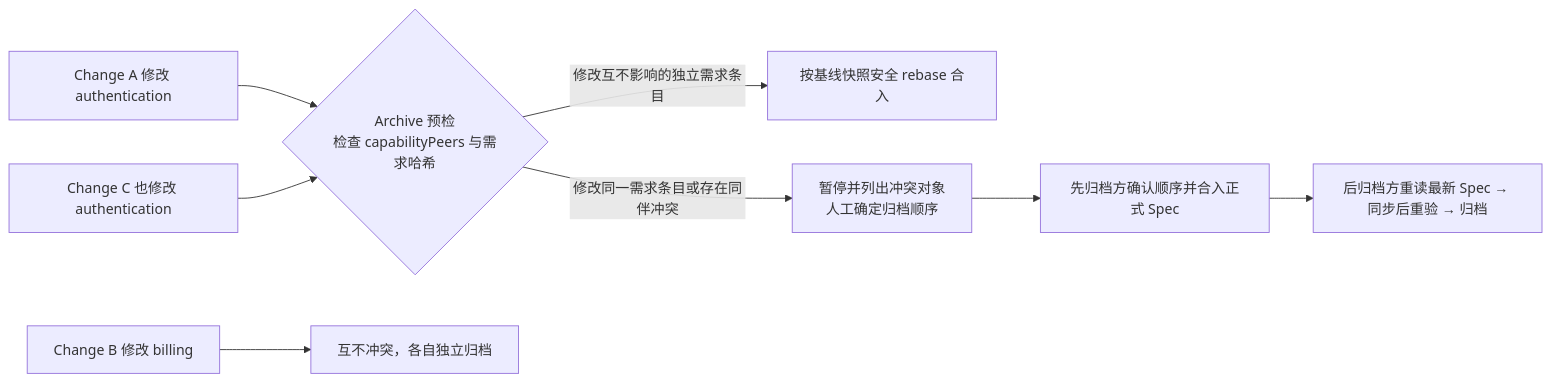
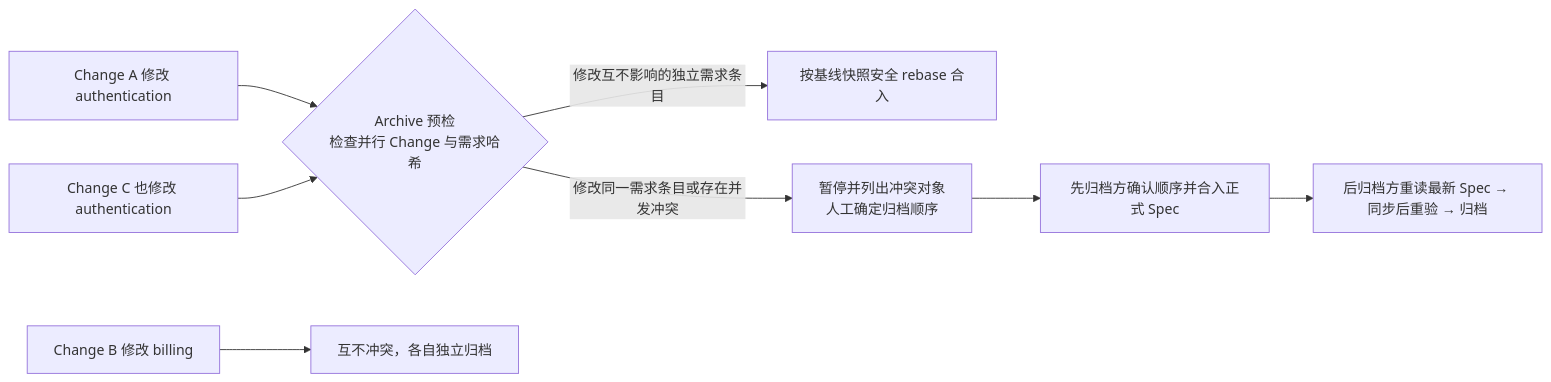
The diagram in zh/native/multi-change-and-conflicts.mdx (rpamis/comet-website-docs), drawn with Mermaid before and after one commit. The commit also changed other lines of this file and 88 other files, not shown here.

````diff
--- a/zh/native/multi-change-and-conflicts.mdx
+++ b/zh/native/multi-change-and-conflicts.mdx
@@ -80,10 +80,10 @@
 ```mermaid
 flowchart LR
-  C1["Change A 修改 authentication"] --> P{"Archive 预检<br/>检查 capabilityPeers 与需求哈希"}
+  C1["Change A 修改 authentication"] --> P{"Archive 预检<br/>检查并行 Change 与需求哈希"}
   C2["Change B 修改 billing"] --> OK1["互不冲突，各自独立归档"]
   C3["Change C 也修改 authentication"] --> P
   P -->|"修改互不影响的独立需求条目"| RB["按基线快照安全 rebase 合入"]
-  P -->|"修改同一需求条目或存在同伴冲突"| ARB["暂停并列出冲突对象<br/>人工确定归档顺序"]
+  P -->|"修改同一需求条目或存在并发冲突"| ARB["暂停并列出冲突对象<br/>人工确定归档顺序"]
   ARB --> S1["先归档方确认顺序并合入正式 Spec"]
   S1 --> S2["后归档方重读最新 Spec → 同步后重验 → 归档"]
 ```
````
